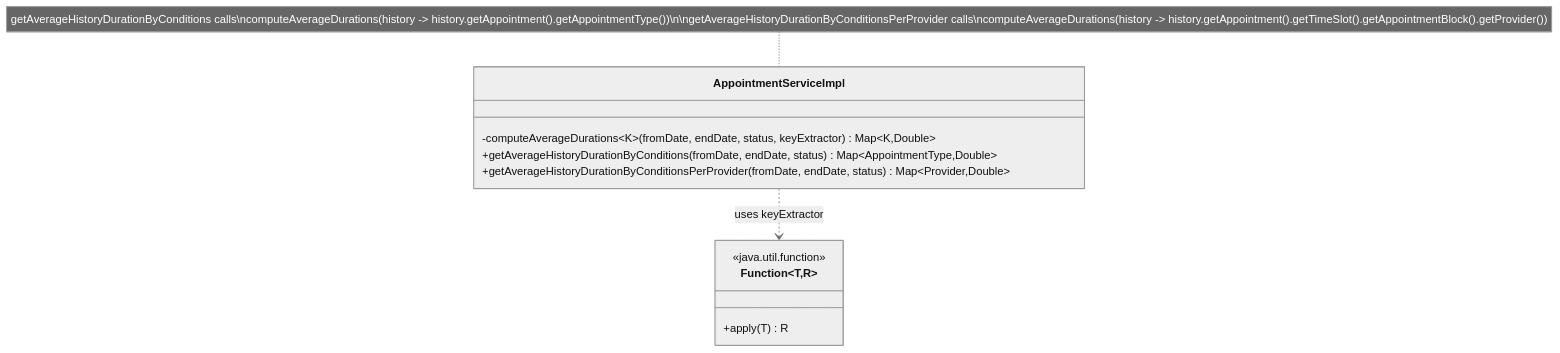
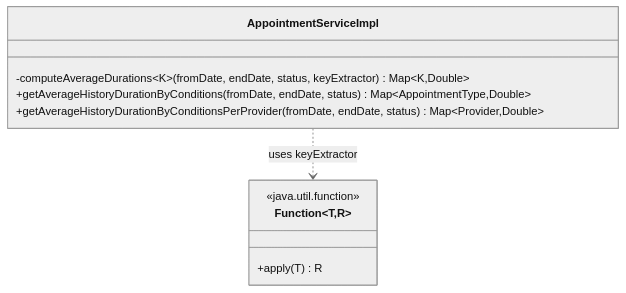
The first of 5 diagrams in content/500 Project/500 Analyses/maintainability-analysis.md (Avans-2-4/Documentatie-Avans-2-4), drawn with Mermaid (neutral theme) before and after one commit. The commit also changed other lines of this file, not shown here.

Commit message:
fix diagrams

````diff
--- a/content/500 Project/500 Analyses/maintainability-analysis.md
+++ b/content/500 Project/500 Analyses/maintainability-analysis.md
@@ -129,16 +129,15 @@
 ```mermaid
 classDiagram
     class AppointmentServiceImpl {
         -computeAverageDurations~K~(fromDate, endDate, status, keyExtractor) Map~K,Double~
         +getAverageHistoryDurationByConditions(fromDate, endDate, status) Map~AppointmentType,Double~
         +getAverageHistoryDurationByConditionsPerProvider(fromDate, endDate, status) Map~Provider,Double~
     }
 
     class Function~T,R~ {
         <<java.util.function>>
         +apply(T) R
     }
 
     AppointmentServiceImpl ..> Function : uses keyExtractor
-    note for AppointmentServiceImpl "getAverageHistoryDurationByConditions calls\ncomputeAverageDurations(history -> history.getAppointment().getAppointmentType())\n\ngetAverageHistoryDurationByConditionsPerProvider calls\ncomputeAverageDurations(history -> history.getAppointment().getTimeSlot().getAppointmentBlock().getProvider())"
 ```
````
